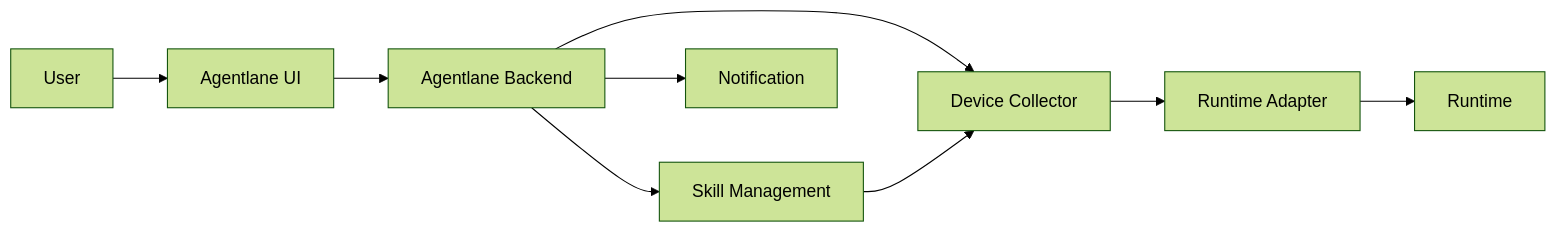
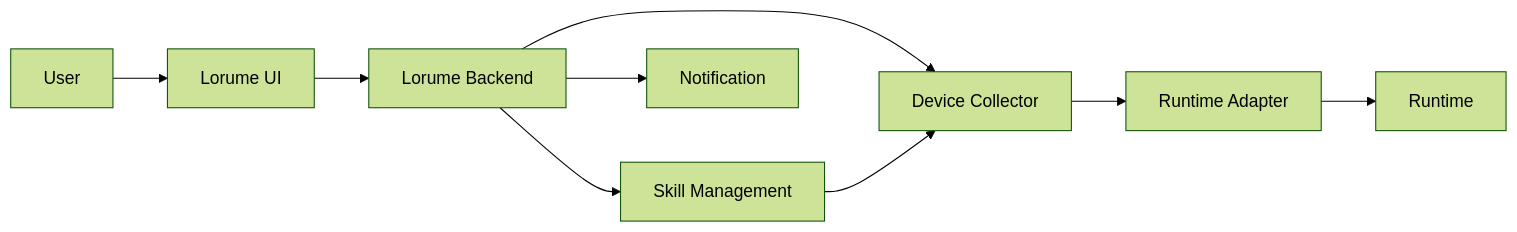
Before and after one commit to gezilinll/agentlane: the diagram in docs/product/agent-migration-spec.md, drawn with Mermaid (forest theme). The commit also changed other lines of this file and 102 other files, not shown here.

Commit message:
refactor(brand): rename agentlane to lorume

````diff
--- a/docs/product/agent-migration-spec.md
+++ b/docs/product/agent-migration-spec.md
@@ -258,20 +258,20 @@
 ```mermaid
 flowchart LR
   User["User"]
-  UI["Agentlane UI"]
-  API["Agentlane Backend"]
+  UI["Lorume UI"]
+  API["Lorume Backend"]
   Collector["Device Collector"]
   Adapter["Runtime Adapter"]
   Runtime["Runtime"]
   Skills["Skill Management"]
   Notifications["Notification"]
 
   User --> UI
   UI --> API
   API --> Collector
   Collector --> Adapter
   Adapter --> Runtime
   API --> Skills
   Skills --> Collector
   API --> Notifications
 ```
````
